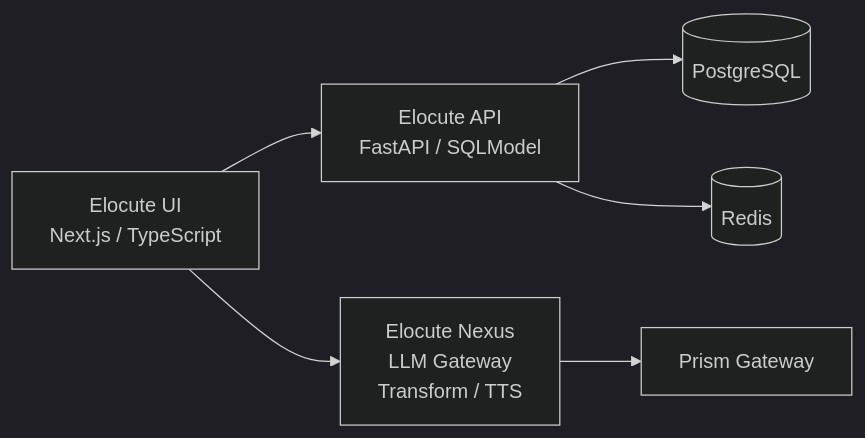
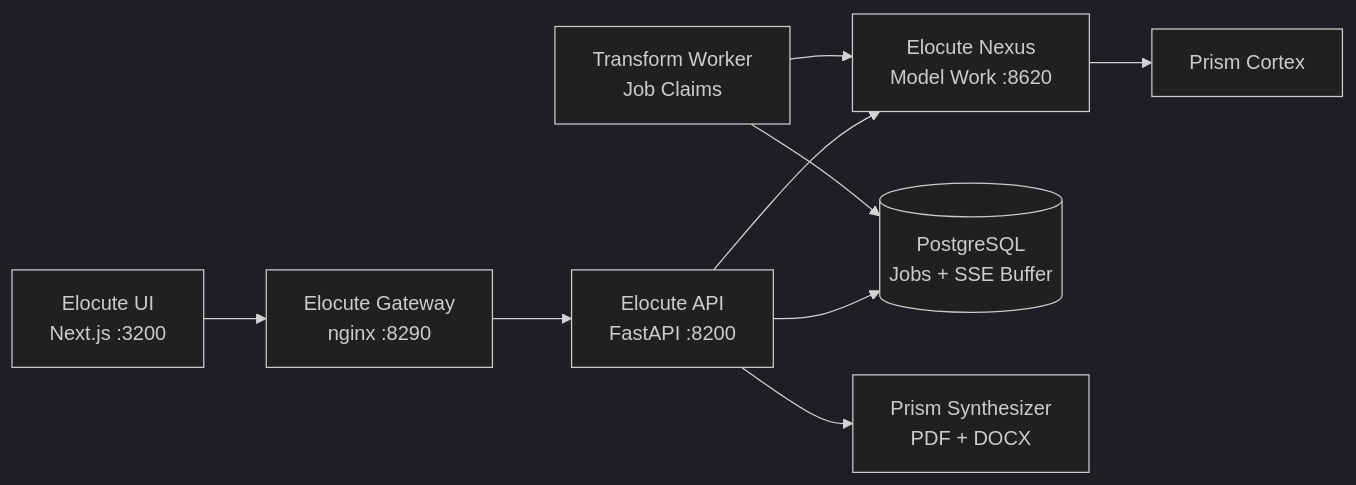
One commit to vsinghal3737/vsinghal3737 changed the fourth of 8 diagrams in README.md. Above: the diagram before and after it, drawn with Mermaid (dark theme). The commit also changed other lines of this file, not shown here.

````diff
--- a/README.md
+++ b/README.md
@@ -176,15 +203,20 @@
 ```mermaid
 flowchart LR
-    EUI["Elocute UI<br/>Next.js / TypeScript"]
-    EAPI["Elocute API<br/>FastAPI / SQLModel"]
-    ENexus["Elocute Nexus<br/>LLM Gateway<br/>Transform / TTS"]
-    PG[("PostgreSQL")]
-    Redis[("Redis")]
-    Gateway["Prism Gateway"]
+    EUI["Elocute UI<br/>Next.js :3200"]
+    EGW["Elocute Gateway<br/>nginx :8290"]
+    EAPI["Elocute API<br/>FastAPI :8200"]
+    ENexus["Elocute Nexus<br/>Model Work :8620"]
+    Worker["Transform Worker<br/>Job Claims"]
+    PG[("PostgreSQL<br/>Jobs + SSE Buffer")]
+    Cortex["Prism Cortex"]
+    Synth["Prism Synthesizer<br/>PDF + DOCX"]
 
-    EUI --> EAPI
-    EUI --> ENexus
+    EUI --> EGW
+    EGW --> EAPI
+    EAPI --> ENexus
+    EAPI --> Synth
     EAPI --> PG
-    EAPI --> Redis
-    ENexus --> Gateway
+    ENexus --> Cortex
+    Worker --> PG
+    Worker --> ENexus
 ```
````
